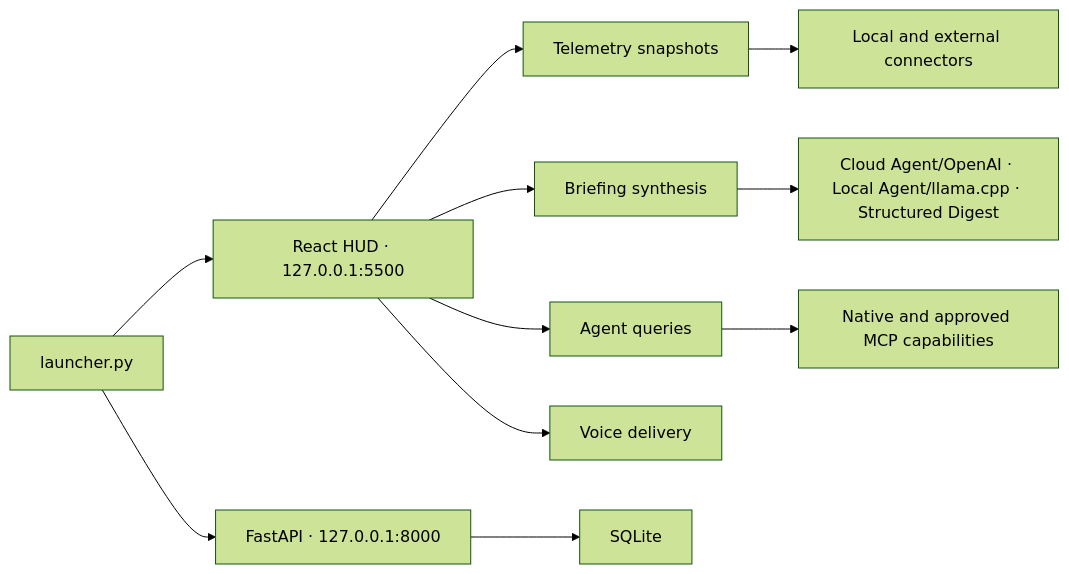
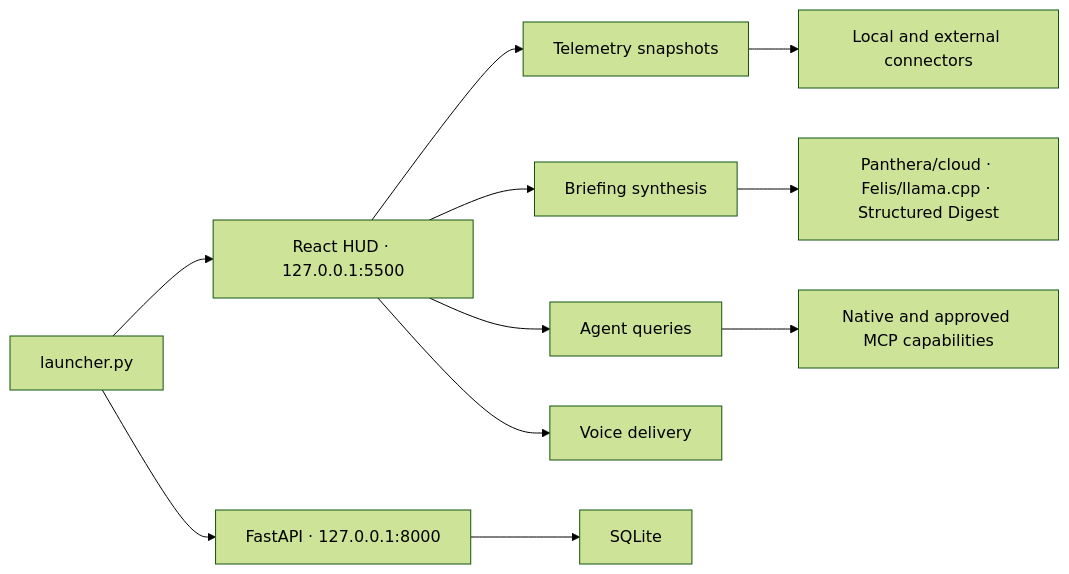
Before and after one commit to edumarcano/APEX: the diagram in README.md, drawn with Mermaid (forest theme). The commit also changed other lines of this file, not shown here.

Commit message:
docs: align README with two-Agent model

````diff
--- a/README.md
+++ b/README.md
@@ -74,13 +74,13 @@
 ```mermaid
 flowchart LR
     L["launcher.py"] --> API["FastAPI · 127.0.0.1:8000"]
     L --> HUD["React HUD · 127.0.0.1:5500"]
     HUD --> T["Telemetry snapshots"]
     HUD --> B["Briefing synthesis"]
     HUD --> A["Agent queries"]
     HUD --> V["Voice delivery"]
     T --> C["Local and external connectors"]
-    B --> M["Cloud Agent/OpenAI · Local Agent/llama.cpp · Structured Digest"]
+    B --> M["Panthera/cloud · Felis/llama.cpp · Structured Digest"]
     A --> P["Native and approved MCP capabilities"]
     API --> DB["SQLite"]
 ```
````
